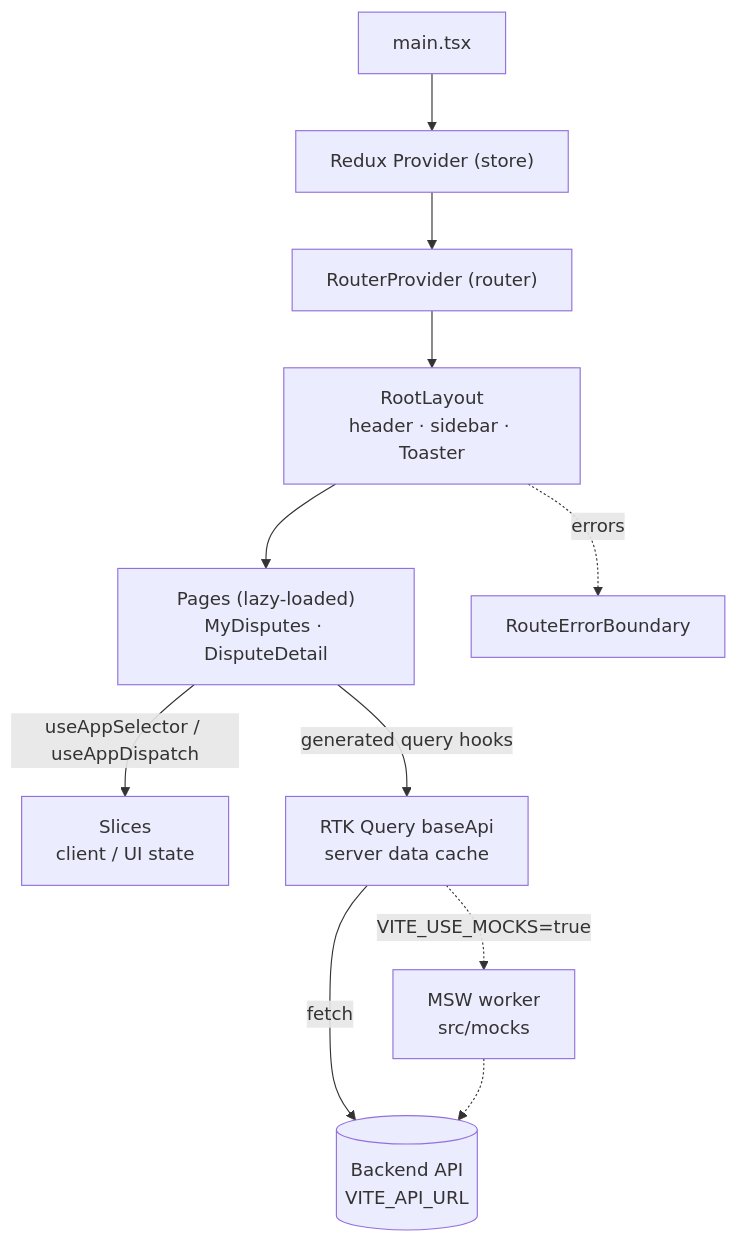
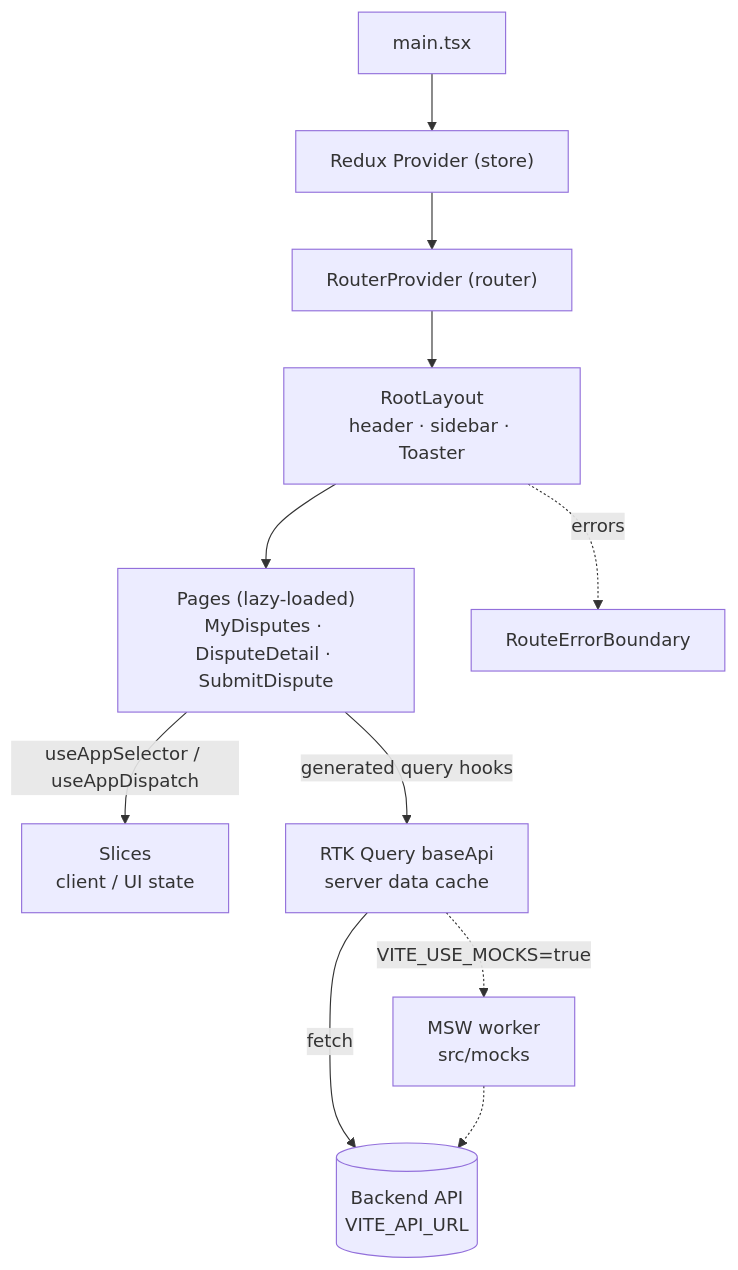
One commit to eduardohurtado/CardDispute changed the diagram in frontend/README.md. Above: the diagram before and after it, drawn with Mermaid. The commit also changed other lines of this file and 28 other files, not shown here.

````diff
--- a/frontend/README.md
+++ b/frontend/README.md
@@ -113,13 +126,13 @@
 ```mermaid
 flowchart TD
   main["main.tsx"] --> provider["Redux Provider (store)"]
   provider --> routerp["RouterProvider (router)"]
   routerp --> layout["RootLayout<br/>header · sidebar · Toaster"]
-  layout --> pages["Pages (lazy-loaded)<br/>MyDisputes · DisputeDetail"]
+  layout --> pages["Pages (lazy-loaded)<br/>MyDisputes · DisputeDetail · SubmitDispute"]
   layout -. errors .-> boundary["RouteErrorBoundary"]
   pages -- "useAppSelector / useAppDispatch" --> slices["Slices<br/>client / UI state"]
   pages -- "generated query hooks" --> api["RTK Query baseApi<br/>server data cache"]
   api -- "fetch" --> backend[("Backend API<br/>VITE_API_URL")]
   api -. "VITE_USE_MOCKS=true" .-> mocks["MSW worker<br/>src/mocks"]
   mocks -.-> backend
 ```
````
